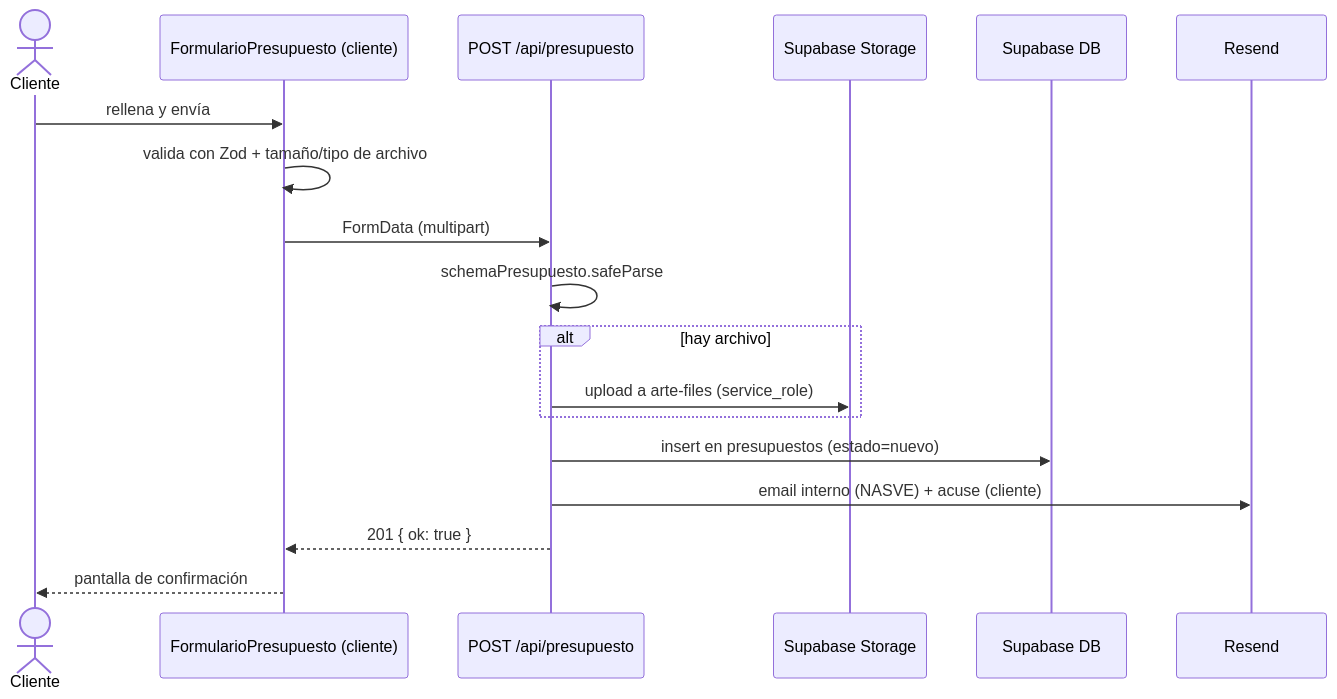
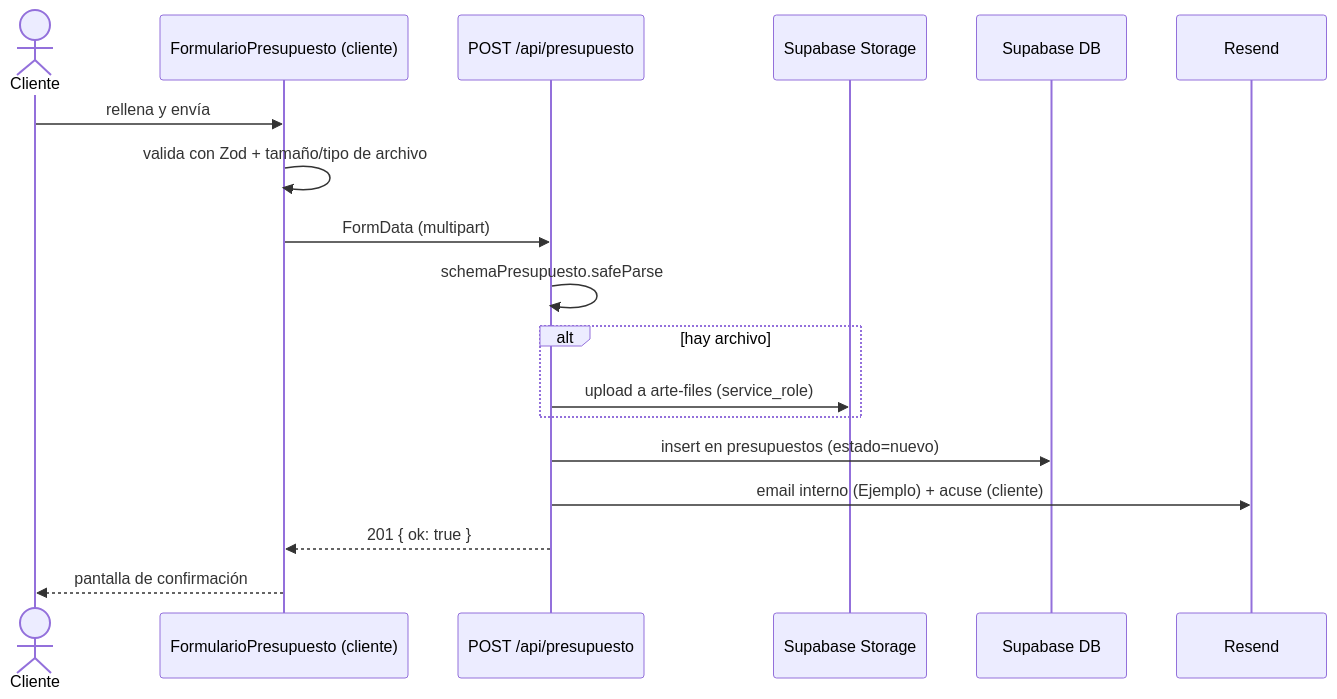
Before and after one commit to Iniciativas-Alexendros/ecommerce-graficasnasve: the third of 3 diagrams in ARCHITECTURE.md, drawn with Mermaid. The commit also changed other lines of this file and 76 other files, not shown here.

````diff
--- a/ARCHITECTURE.md
+++ b/ARCHITECTURE.md
@@ -173,21 +173,21 @@
 ```mermaid
 sequenceDiagram
   actor C as Cliente
   participant F as FormularioPresupuesto (cliente)
   participant A as POST /api/presupuesto
   participant S as Supabase Storage
   participant D as Supabase DB
   participant R as Resend
 
   C->>F: rellena y envía
   F->>F: valida con Zod + tamaño/tipo de archivo
   F->>A: FormData (multipart)
   A->>A: schemaPresupuesto.safeParse
   alt hay archivo
     A->>S: upload a arte-files (service_role)
   end
   A->>D: insert en presupuestos (estado=nuevo)
-  A->>R: email interno (NASVE) + acuse (cliente)
+  A->>R: email interno (Ejemplo) + acuse (cliente)
   A-->>F: 201 { ok: true }
   F-->>C: pantalla de confirmación
 ```
````
